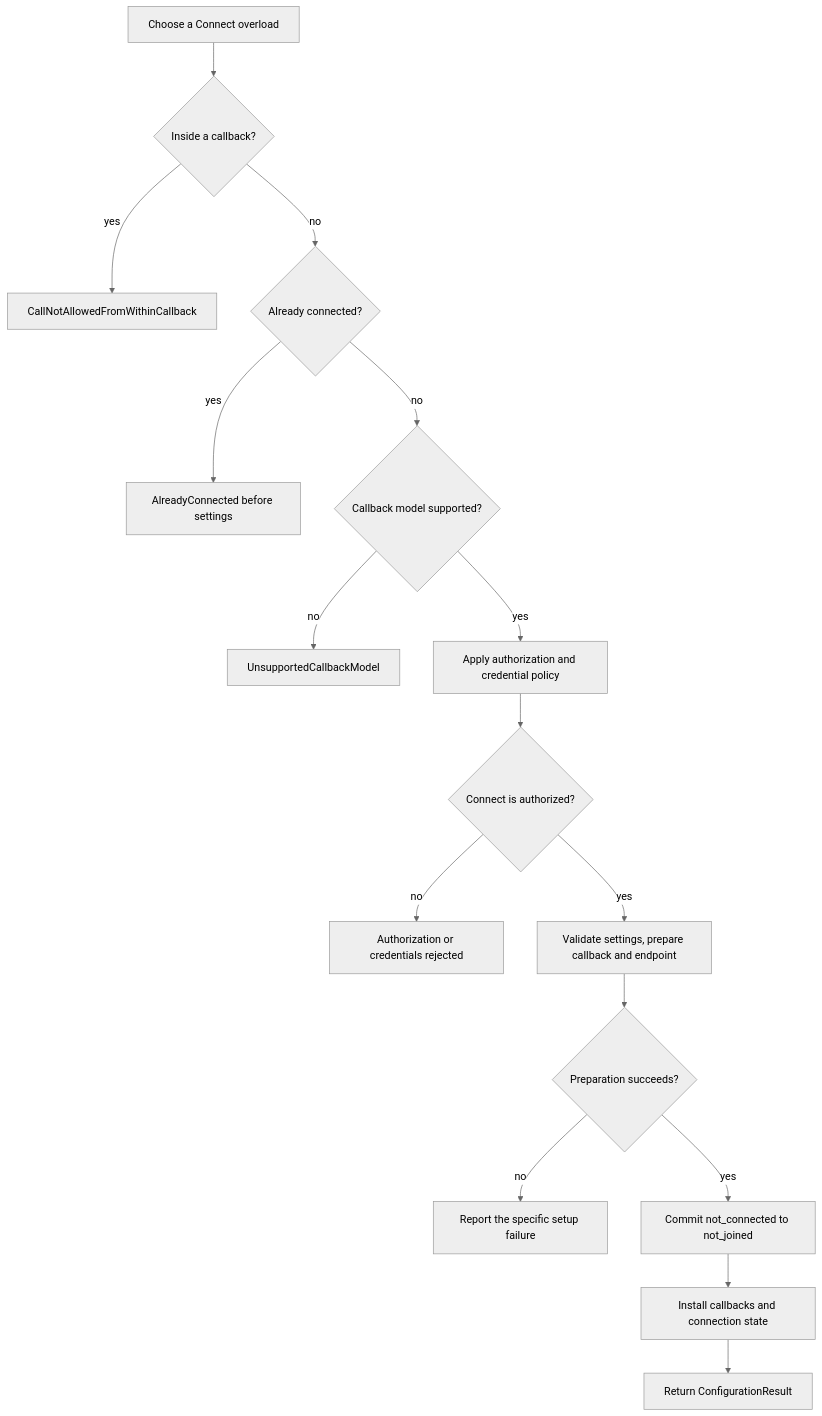
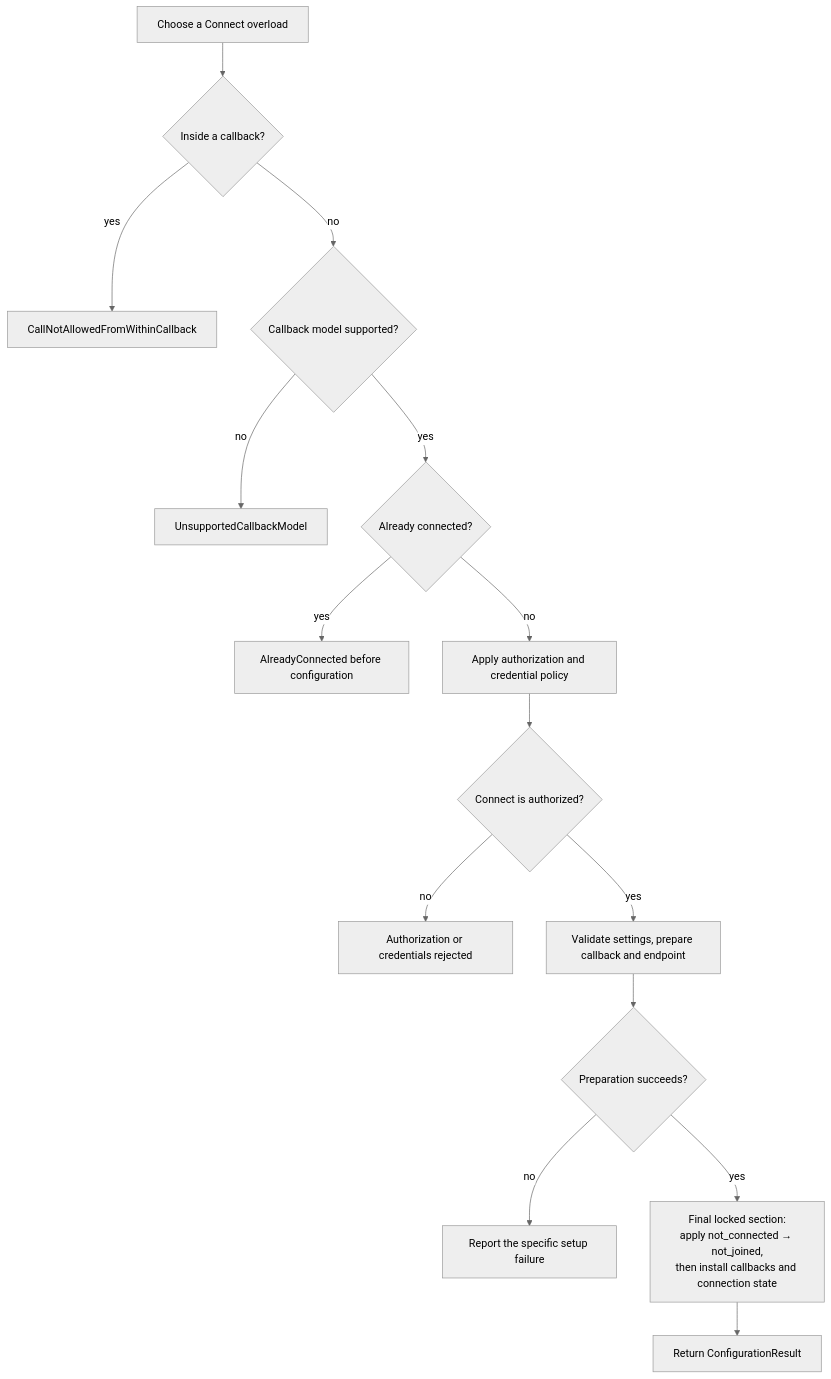
Before and after one commit to sheepfling/umbra: the first of 4 diagrams in docs/design/HLA-2025-CONNECTION-AND-CONFIGURATION-FLOW-GUIDE.md, drawn with Mermaid (neutral theme). The commit also changed other lines of this file and 822 other files, not shown here.

````diff
--- a/docs/design/HLA-2025-CONNECTION-AND-CONFIGURATION-FLOW-GUIDE.md
+++ b/docs/design/HLA-2025-CONNECTION-AND-CONFIGURATION-FLOW-GUIDE.md
@@ -38,18 +56,17 @@
 ```mermaid
 flowchart TD
     A["Choose a Connect overload"] --> B{"Inside a callback?"}
     B -- "yes" --> C["CallNotAllowedFromWithinCallback"]
-    B -- "no" --> D{"Already connected?"}
-    D -- "yes" --> E["AlreadyConnected before settings"]
-    D -- "no" --> F{"Callback model supported?"}
-    F -- "no" --> G["UnsupportedCallbackModel"]
-    F -- "yes" --> H["Apply authorization and credential policy"]
+    B -- "no" --> D{"Callback model supported?"}
+    D -- "no" --> E["UnsupportedCallbackModel"]
+    D -- "yes" --> F{"Already connected?"}
+    F -- "yes" --> G["AlreadyConnected before configuration"]
+    F -- "no" --> H["Apply authorization and credential policy"]
     H --> I{"Connect is authorized?"}
     I -- "no" --> J["Authorization or credentials rejected"]
     I -- "yes" --> K["Validate settings, prepare callback and endpoint"]
     K --> L{"Preparation succeeds?"}
     L -- "no" --> M["Report the specific setup failure"]
-    L -- "yes" --> N["Commit not_connected to not_joined"]
-    N --> O["Install callbacks and connection state"]
-    O --> P["Return ConfigurationResult"]
+    L -- "yes" --> N["Final locked section:<br/>apply not_connected → not_joined,<br/>then install callbacks and connection state"]
+    N --> P["Return ConfigurationResult"]
 ```
````
